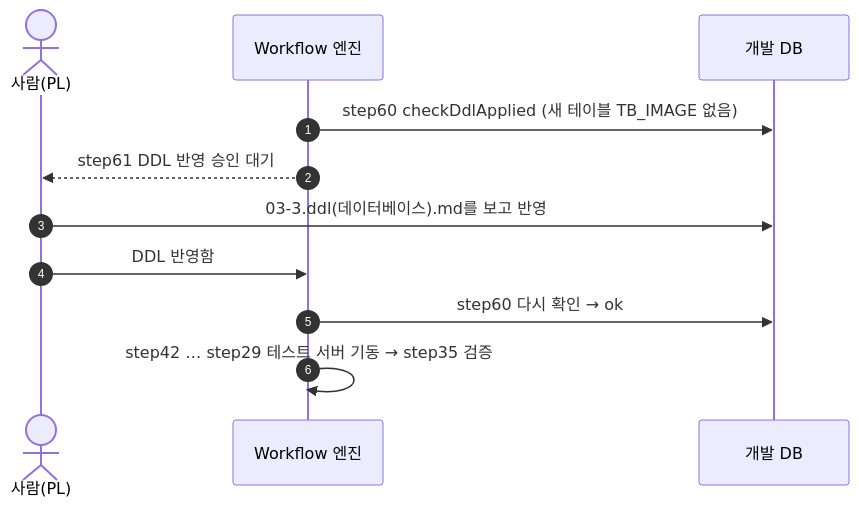
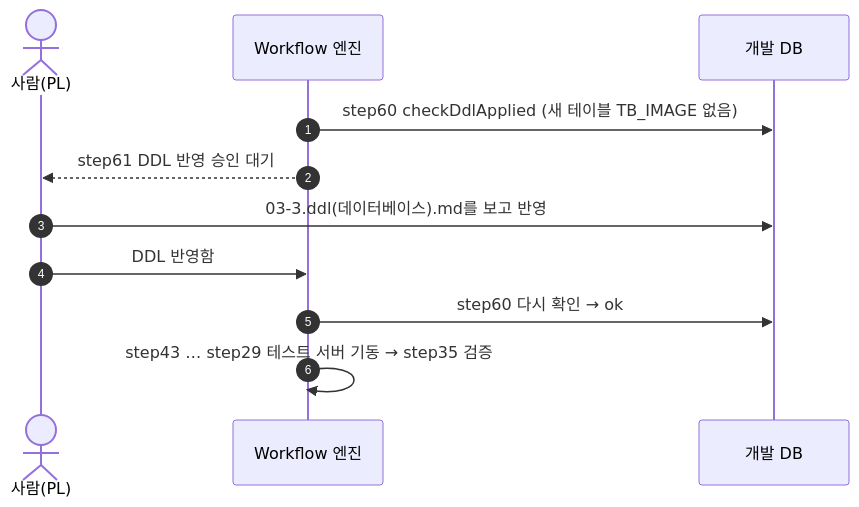
Before and after one commit to YongSoekChoeng/dstone: diagram 24 of 24 in docs/09.dstone-ai-engine-sm-workflow.md, drawn with Mermaid. The commit also changed other lines of this file and 26 other files, not shown here.

````diff
--- a/docs/09.dstone-ai-engine-sm-workflow.md
+++ b/docs/09.dstone-ai-engine-sm-workflow.md
@@ -1689,13 +1621,13 @@
 ```mermaid
 sequenceDiagram
     autonumber
     actor PL as 사람(PL)
     participant WF as Workflow 엔진
     participant DB as 개발 DB
     WF->>DB: step60 checkDdlApplied (새 테이블 TB_IMAGE 없음)
     WF-->>PL: step61 DDL 반영 승인 대기
     PL->>DB: 03-3.ddl(데이터베이스).md를 보고 반영
     PL->>WF: DDL 반영함
     WF->>DB: step60 다시 확인 → ok
-    WF->>WF: step42 … step29 테스트 서버 기동 → step35 검증
+    WF->>WF: step43 … step29 테스트 서버 기동 → step35 검증
 ```
````
